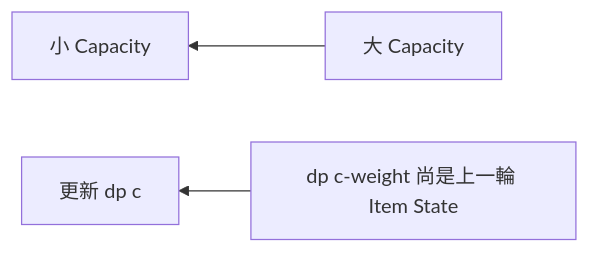
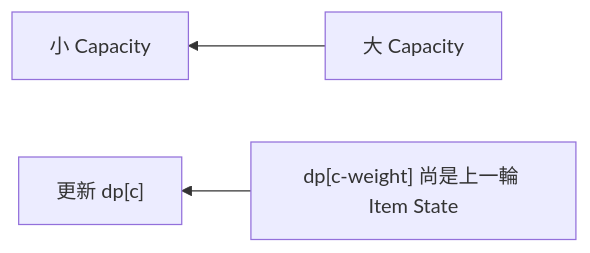
The fourth of 11 diagrams in 09_dynamic_programming/40_knapsack.md (davidchen0970/algorithm_note), drawn with Mermaid before and after one commit. The commit also changed other lines of this file and 4 other files, not shown here.

````diff
--- a/09_dynamic_programming/40_knapsack.md
+++ b/09_dynamic_programming/40_knapsack.md
@@ -119,5 +211,5 @@
 ```mermaid
 flowchart RL
-    H[大 Capacity] --> L[小 Capacity]
-    O[dp c-weight 尚是上一輪 Item State] --> N[更新 dp c]
+    H["大 Capacity"] --> L["小 Capacity"]
+    O["dp[c-weight] 尚是上一輪 Item State"] --> N["更新 dp[c]"]
 ```
````
